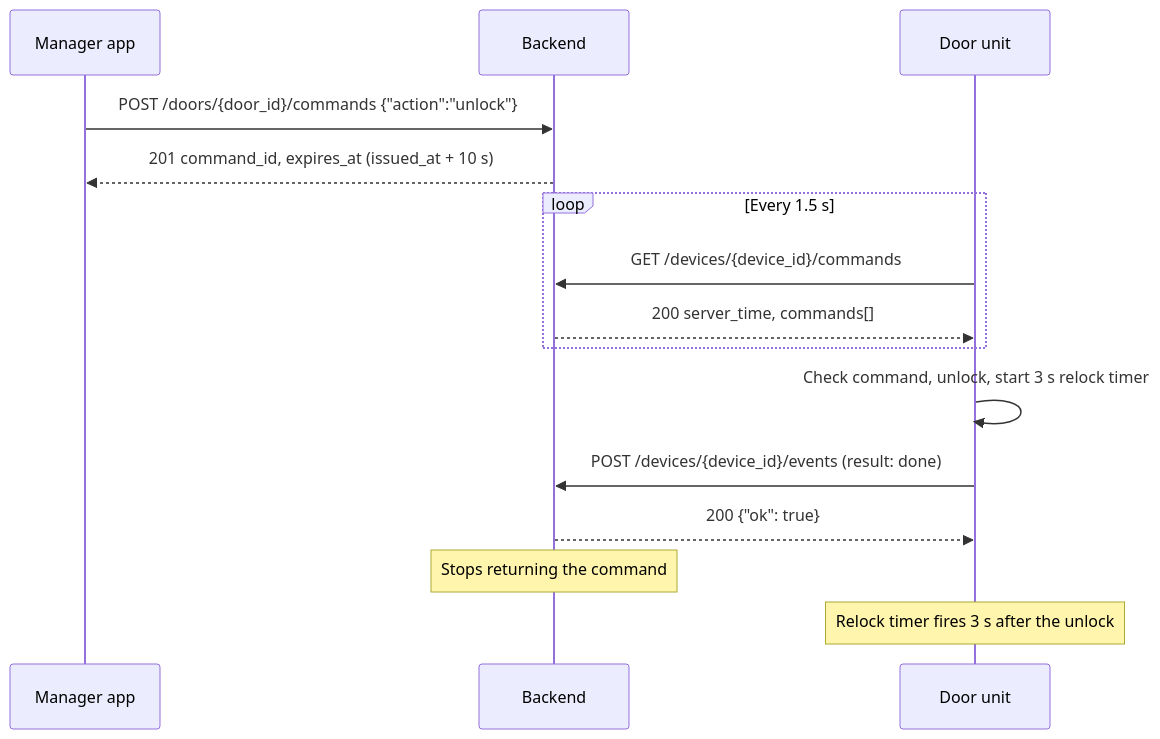
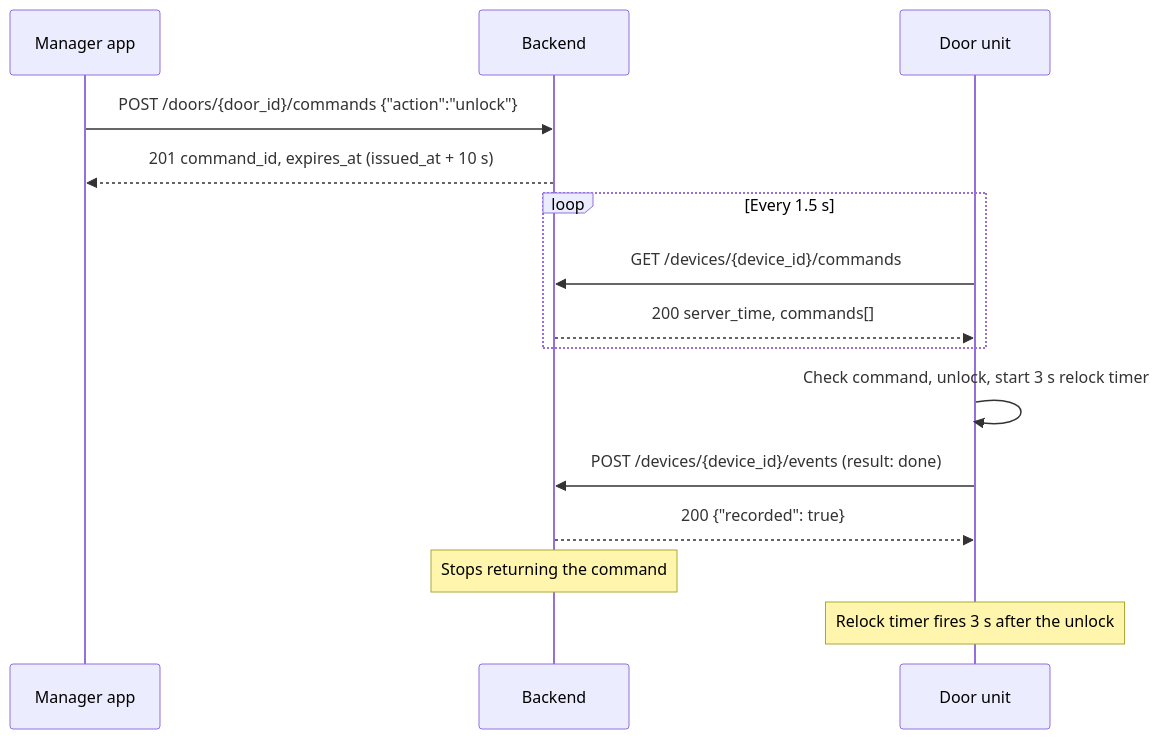
One commit to ostium-org/ostium changed the diagram in docs/firmware/lock-command-v0.md. Above: the diagram before and after it, drawn with Mermaid. The commit also changed other lines of this file and 4 other files, not shown here.

````diff
--- a/docs/firmware/lock-command-v0.md
+++ b/docs/firmware/lock-command-v0.md
@@ -47,17 +47,17 @@
 ```mermaid
 sequenceDiagram
     participant App as Manager app
     participant API as Backend
     participant Door as Door unit
     App->>API: POST /doors/{door_id}/commands {"action":"unlock"}
     API-->>App: 201 command_id, expires_at (issued_at + 10 s)
     loop Every 1.5 s
         Door->>API: GET /devices/{device_id}/commands
         API-->>Door: 200 server_time, commands[]
     end
     Door->>Door: Check command, unlock, start 3 s relock timer
     Door->>API: POST /devices/{device_id}/events (result: done)
-    API-->>Door: 200 {"ok": true}
+    API-->>Door: 200 {"recorded": true}
     Note over API: Stops returning the command
     Note over Door: Relock timer fires 3 s after the unlock
 ```
````
